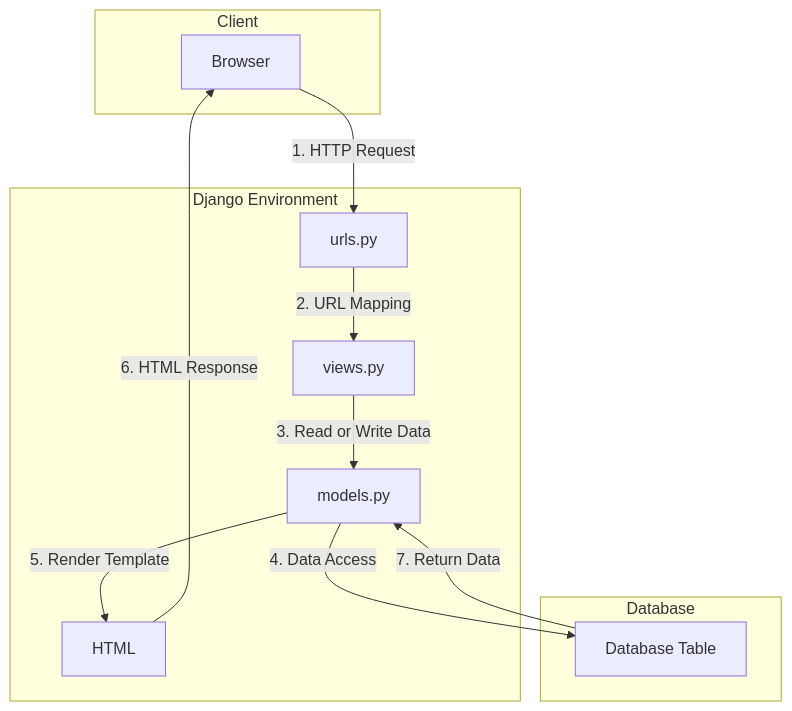
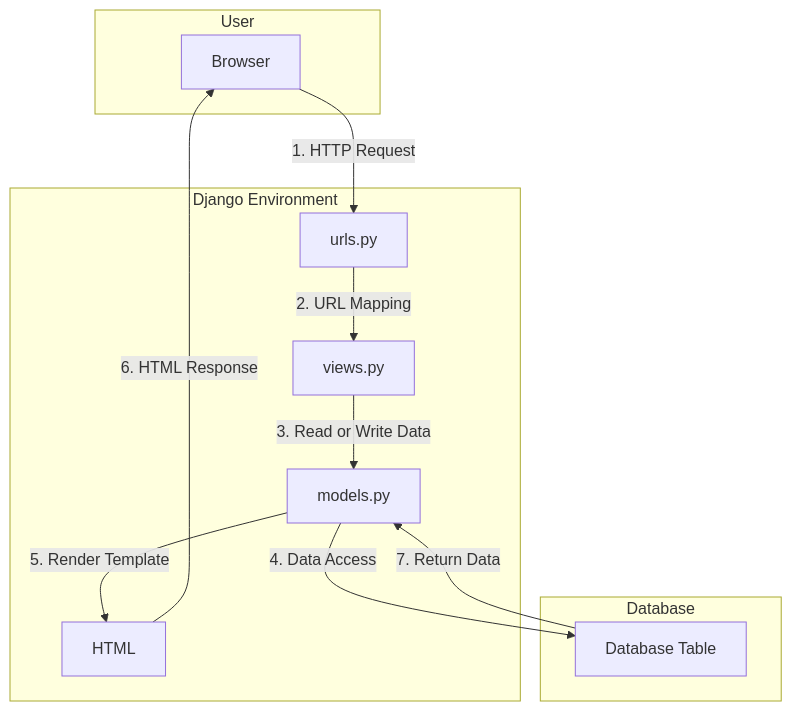
The diagram in README.md (ardhika23/inventory_list), drawn with Mermaid before and after one commit.

````diff
--- a/README.md
+++ b/README.md
@@ -93,27 +93,27 @@
 ```mermaid
 graph TB
 
-    subgraph Client
+    subgraph User
         A[Browser]
     end
 
     subgraph Django Environment
         B[urls.py]
         C[views.py]
         D[models.py]
         E[HTML]
     end
 
     subgraph Database
         F[Database Table]
     end
 
     %% Defining the flow in a square pattern
     A -->|1. HTTP Request| B
     B -->|2. URL Mapping| C
     C -->|3. Read or Write Data| D
     D -->|4. Data Access| F
     F -->|7. Return Data| D
     D -->|5. Render Template| E
     E -->|6. HTML Response| A
 ```
````
